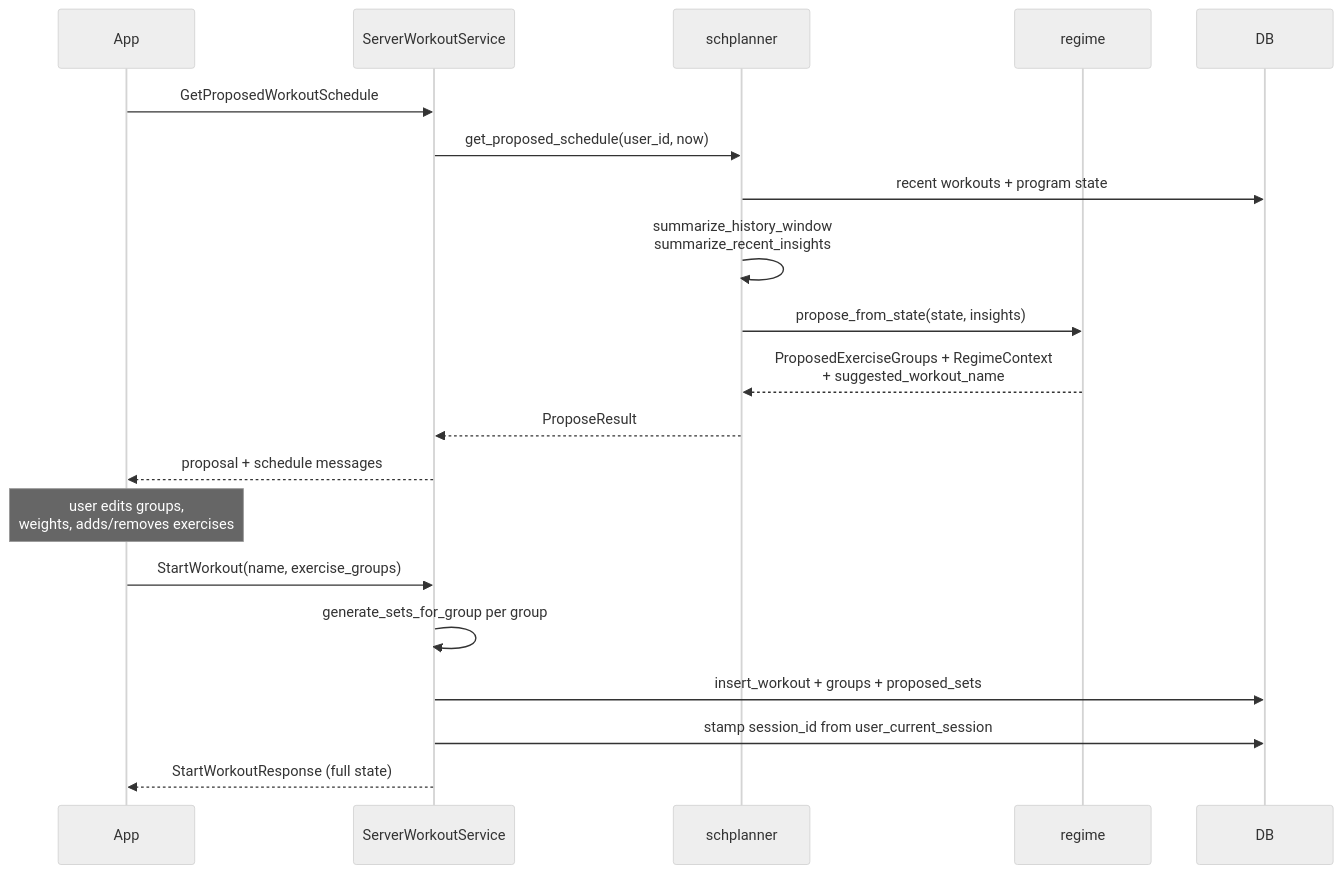
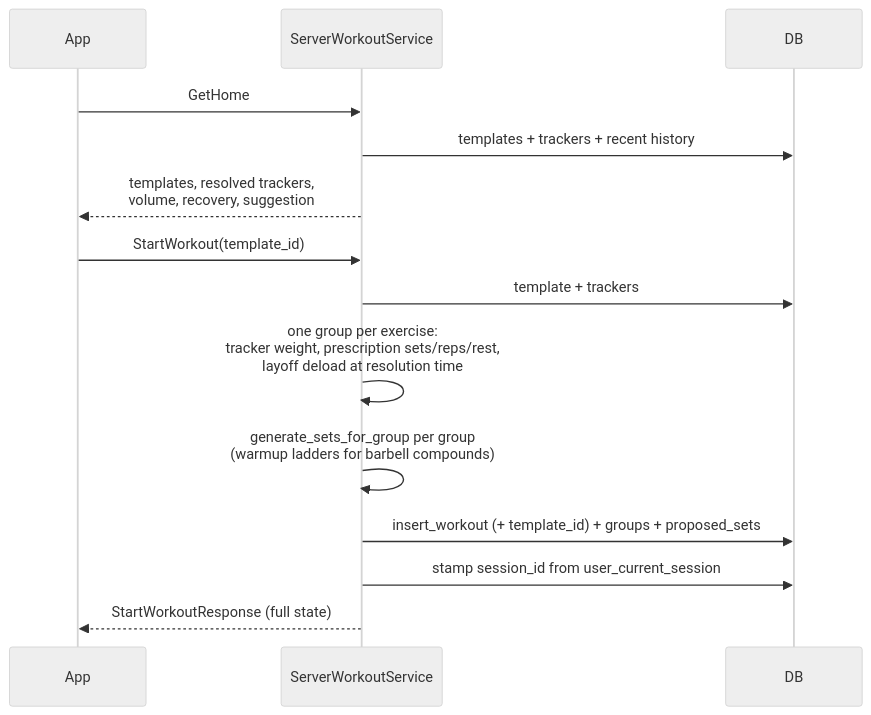
The fourth of 7 diagrams in docs/architecture/workout-lifecycle.md (brensch/lift), drawn with Mermaid (neutral theme) before and after one commit. The commit also changed other lines of this file and 12 other files, not shown here.

First line of the commit message:
docs: architecture reference follows the cutover

````diff
--- a/docs/architecture/workout-lifecycle.md
+++ b/docs/architecture/workout-lifecycle.md
@@ -77,25 +74,18 @@
 ```mermaid
 sequenceDiagram
     participant App
     participant WS as ServerWorkoutService
-    participant SP as schplanner
-    participant R as regime
     participant DB
 
-    App->>WS: GetProposedWorkoutSchedule
-    WS->>SP: get_proposed_schedule(user_id, now)
-    SP->>DB: recent workouts + program state
-    SP->>SP: summarize_history_window<br/>summarize_recent_insights
-    SP->>R: propose_from_state(state, insights)
-    R-->>SP: ProposedExerciseGroups + RegimeContext<br/>+ suggested_workout_name
-    SP-->>WS: ProposeResult
-    WS-->>App: proposal + schedule messages
+    App->>WS: GetHome
+    WS->>DB: templates + trackers + recent history
+    WS-->>App: templates, resolved trackers,<br/>volume, recovery, suggestion
 
-    Note over App: user edits groups,<br/>weights, adds/removes exercises
-
-    App->>WS: StartWorkout(name, exercise_groups)
-    WS->>WS: generate_sets_for_group per group
-    WS->>DB: insert_workout + groups + proposed_sets
+    App->>WS: StartWorkout(template_id)
+    WS->>DB: template + trackers
+    WS->>WS: one group per exercise:<br/>tracker weight, prescription sets/reps/rest,<br/>layoff deload at resolution time
+    WS->>WS: generate_sets_for_group per group<br/>(warmup ladders for barbell compounds)
+    WS->>DB: insert_workout (+ template_id) + groups + proposed_sets
     WS->>DB: stamp session_id from user_current_session
     WS-->>App: StartWorkoutResponse (full state)
 ```
````
